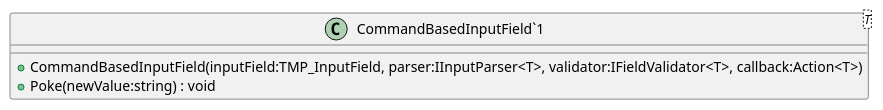
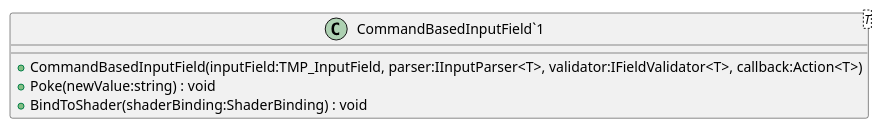
One commit to streepje8/ToolDev2023 changed the diagram in UML/CommandBasedComponents/CommandBasedInputField.puml. Above: the diagram before and after it, drawn with PlantUML. The commit also changed 13 other files, not shown here.

Commit message:
Generate UML (Generate UML)

```diff
--- a/UML/CommandBasedComponents/CommandBasedInputField.puml
+++ b/UML/CommandBasedComponents/CommandBasedInputField.puml
@@ -1,6 +1,7 @@
 @startuml
 class "CommandBasedInputField`1"<T> {
     + CommandBasedInputField(inputField:TMP_InputField, parser:IInputParser<T>, validator:IFieldValidator<T>, callback:Action<T>)
     + Poke(newValue:string) : void
+    + BindToShader(shaderBinding:ShaderBinding) : void
 }
 @enduml
```
